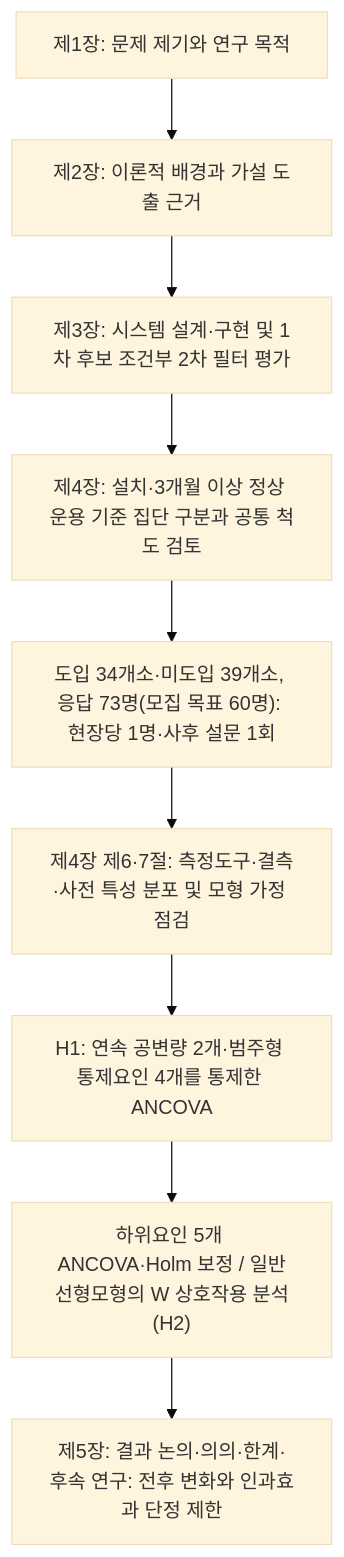
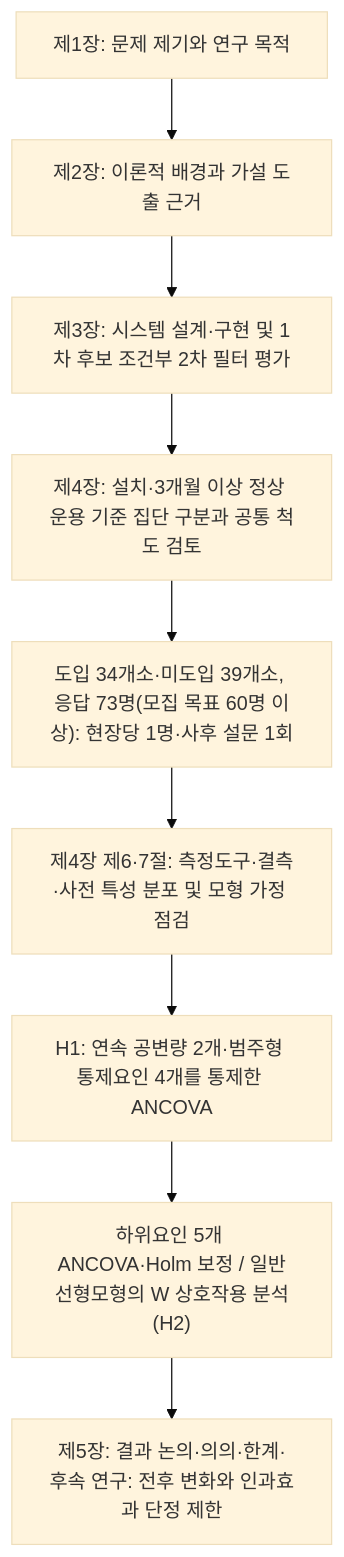
The diagram in 01.docs/01_서론.md (yoonhyuk12/ggthesis), drawn with Mermaid (base theme) before and after one commit. The commit also changed other lines of this file and 54 other files, not shown here.

````diff
--- a/01.docs/01_서론.md
+++ b/01.docs/01_서론.md
@@ -75,11 +75,11 @@
 ```mermaid
 flowchart TD
   A1["제1장: 문제 제기와 연구 목적"] --> A2["제2장: 이론적 배경과 가설 도출 근거"]
   A2 --> B["제3장: 시스템 설계·구현 및 1차 후보 조건부 2차 필터 평가"]
   B --> C["제4장: 설치·3개월 이상 정상 운용 기준 집단 구분과 공통 척도 검토"]
-  C --> D["도입 34개소·미도입 39개소, 응답 73명(모집 목표 60명): 현장당 1명·사후 설문 1회"]
+  C --> D["도입 34개소·미도입 39개소, 응답 73명(모집 목표 60명 이상): 현장당 1명·사후 설문 1회"]
   D --> E["제4장 제6·7절: 측정도구·결측·사전 특성 분포 및 모형 가정 점검"]
   E --> F["H1: 연속 공변량 2개·범주형 통제요인 4개를 통제한 ANCOVA"]
   F --> G["하위요인 5개 ANCOVA·Holm 보정 / 일반선형모형의 W 상호작용 분석(H2)"]
   G --> H["제5장: 결과 논의·의의·한계·후속 연구: 전후 변화와 인과효과 단정 제한"]
 ```
````
